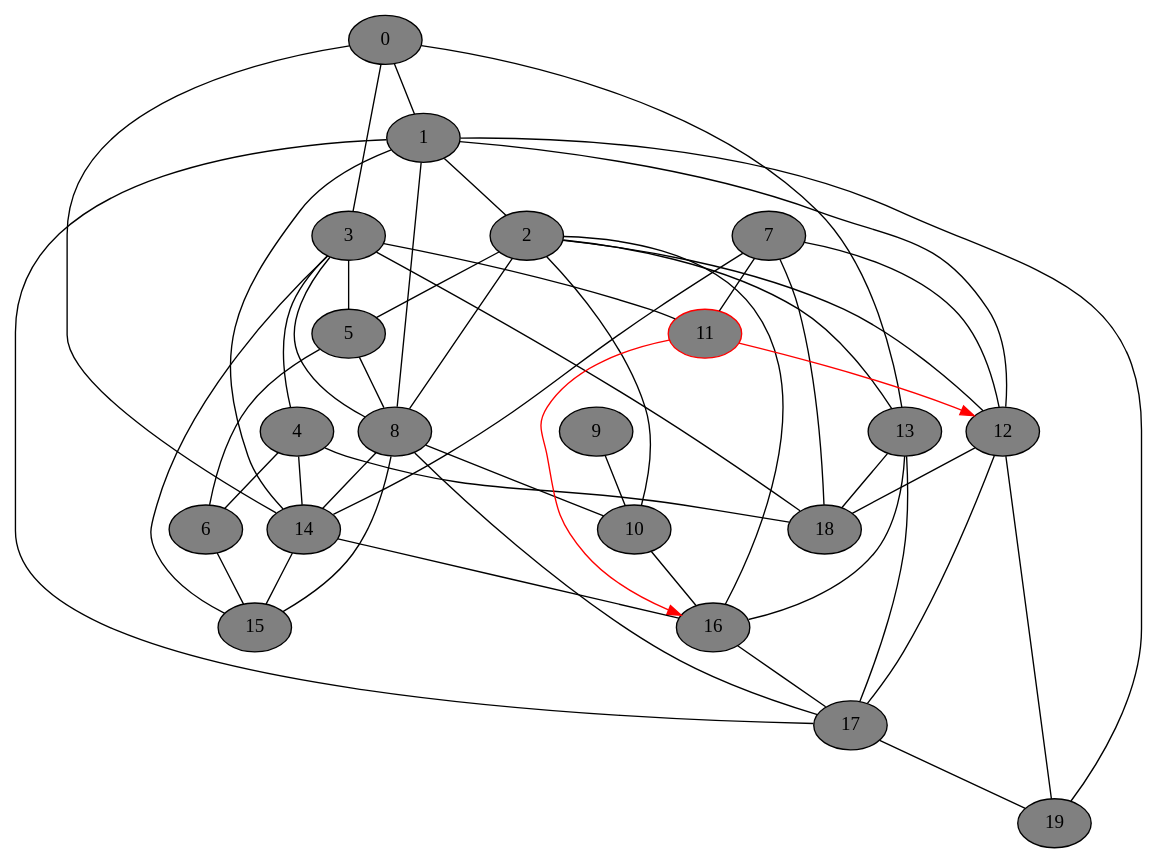
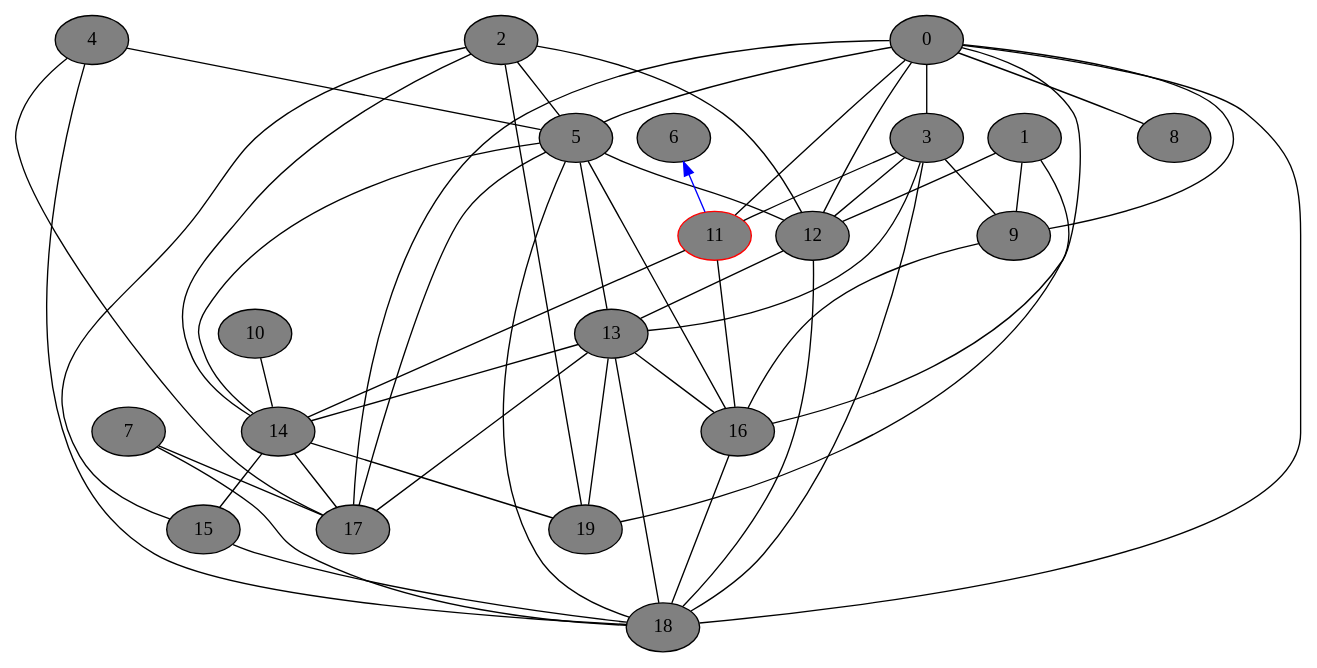
One commit to DSMishler/EBA_models changed the diagram in gv_graphs/nxt0081.dot. Above: the diagram before and after it, drawn with Graphviz. The commit also changed 704 other files, not shown here.

```diff
--- a/gv_graphs/nxt0081.dot
+++ b/gv_graphs/nxt0081.dot
@@ -1,74 +1,74 @@
 // network test graph
 digraph
 {
 	0 [fillcolor=gray,style=filled,]
 	1 [fillcolor=gray,style=filled,]
 	2 [fillcolor=gray,style=filled,]
 	3 [fillcolor=gray,style=filled,]
 	4 [fillcolor=gray,style=filled,]
 	5 [fillcolor=gray,style=filled,]
 	6 [fillcolor=gray,style=filled,]
 	7 [fillcolor=gray,style=filled,]
 	8 [fillcolor=gray,style=filled,]
 	9 [fillcolor=gray,style=filled,]
 	10 [fillcolor=gray,style=filled,]
 	11 [fillcolor=gray,style=filled,color=red,]
 	12 [fillcolor=gray,style=filled,]
 	13 [fillcolor=gray,style=filled,]
 	14 [fillcolor=gray,style=filled,]
 	15 [fillcolor=gray,style=filled,]
 	16 [fillcolor=gray,style=filled,]
 	17 [fillcolor=gray,style=filled,]
 	18 [fillcolor=gray,style=filled,]
 	19 [fillcolor=gray,style=filled,]
-	0 -> 1 [dir=none]
 	0 -> 3 [dir=none]
-	0 -> 13 [dir=none]
-	0 -> 14 [dir=none]
-	1 -> 2 [dir=none]
-	1 -> 8 [dir=none]
+	0 -> 5 [dir=none]
+	0 -> 8 [dir=none]
+	0 -> 9 [dir=none]
+	0 -> 11 [dir=none]
+	0 -> 12 [dir=none]
+	0 -> 16 [dir=none]
+	0 -> 17 [dir=none]
+	0 -> 18 [dir=none]
+	1 -> 9 [dir=none]
 	1 -> 12 [dir=none]
-	1 -> 14 [dir=none]
-	1 -> 17 [dir=none]
 	1 -> 19 [dir=none]
 	2 -> 5 [dir=none]
-	2 -> 8 [dir=none]
-	2 -> 10 [dir=none]
 	2 -> 12 [dir=none]
-	2 -> 13 [dir=none]
-	2 -> 16 [dir=none]
-	3 -> 4 [dir=none]
-	3 -> 5 [dir=none]
-	3 -> 8 [dir=none]
+	2 -> 14 [dir=none]
+	2 -> 15 [dir=none]
+	2 -> 19 [dir=none]
+	3 -> 9 [dir=none]
 	3 -> 11 [dir=none]
-	3 -> 15 [dir=none]
+	3 -> 12 [dir=none]
+	3 -> 13 [dir=none]
 	3 -> 18 [dir=none]
-	4 -> 6 [dir=none]
-	4 -> 14 [dir=none]
+	4 -> 5 [dir=none]
+	4 -> 17 [dir=none]
 	4 -> 18 [dir=none]
-	5 -> 6 [dir=none]
-	5 -> 8 [dir=none]
-	6 -> 15 [dir=none]
-	7 -> 11 [dir=none]
-	7 -> 12 [dir=none]
-	7 -> 14 [dir=none]
+	5 -> 12 [dir=none]
+	5 -> 13 [dir=none]
+	5 -> 14 [dir=none]
+	5 -> 16 [dir=none]
+	5 -> 17 [dir=none]
+	5 -> 18 [dir=none]
+	6 -> 11 [dir=back,color=blue,]
+	7 -> 17 [dir=none]
 	7 -> 18 [dir=none]
-	8 -> 10 [dir=none]
-	8 -> 14 [dir=none]
-	8 -> 15 [dir=none]
-	8 -> 17 [dir=none]
-	9 -> 10 [dir=none]
-	10 -> 16 [dir=none]
-	11 -> 12 [dir=forward,color=red,]
-	11 -> 16 [dir=forward,color=red,]
-	12 -> 17 [dir=none]
+	9 -> 16 [dir=none]
+	10 -> 14 [dir=none]
+	11 -> 14 [dir=none]
+	11 -> 16 [dir=none]
+	12 -> 13 [dir=none]
 	12 -> 18 [dir=none]
-	12 -> 19 [dir=none]
+	13 -> 14 [dir=none]
 	13 -> 16 [dir=none]
 	13 -> 17 [dir=none]
 	13 -> 18 [dir=none]
+	13 -> 19 [dir=none]
 	14 -> 15 [dir=none]
-	14 -> 16 [dir=none]
-	16 -> 17 [dir=none]
-	17 -> 19 [dir=none]
+	14 -> 17 [dir=none]
+	14 -> 19 [dir=none]
+	15 -> 18 [dir=none]
+	16 -> 18 [dir=none]
 }
```
